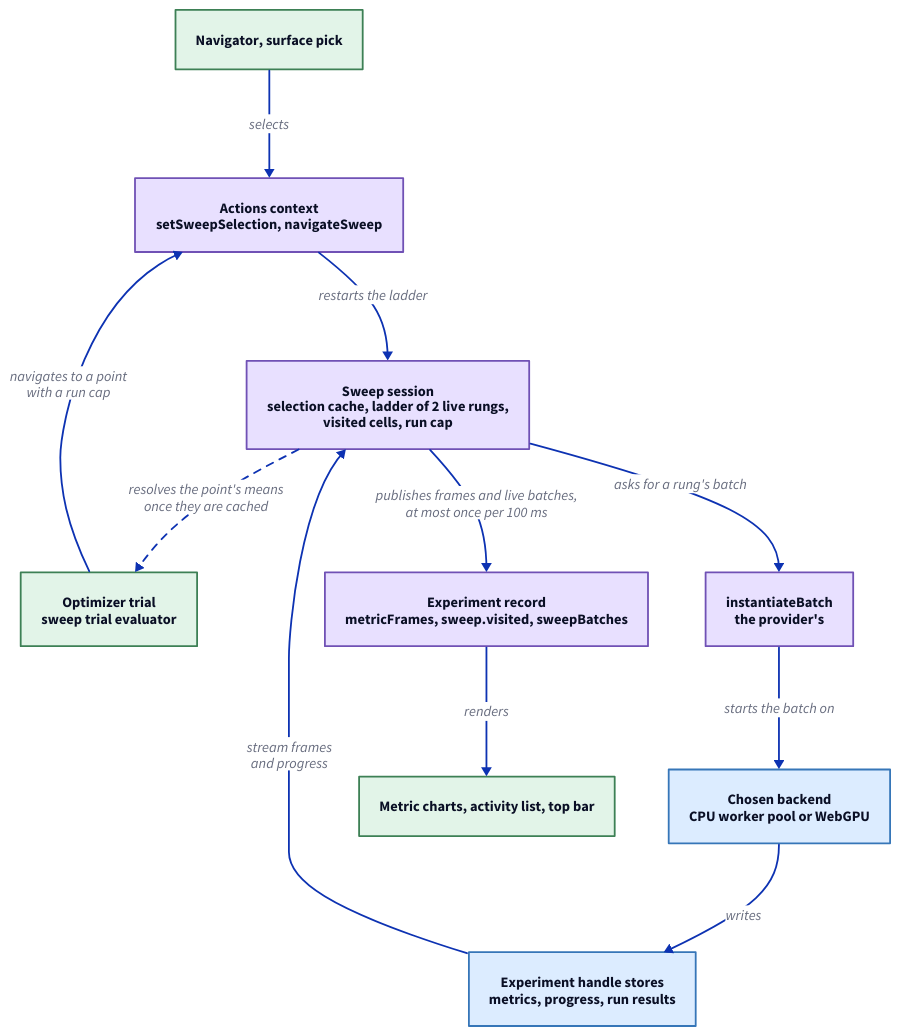
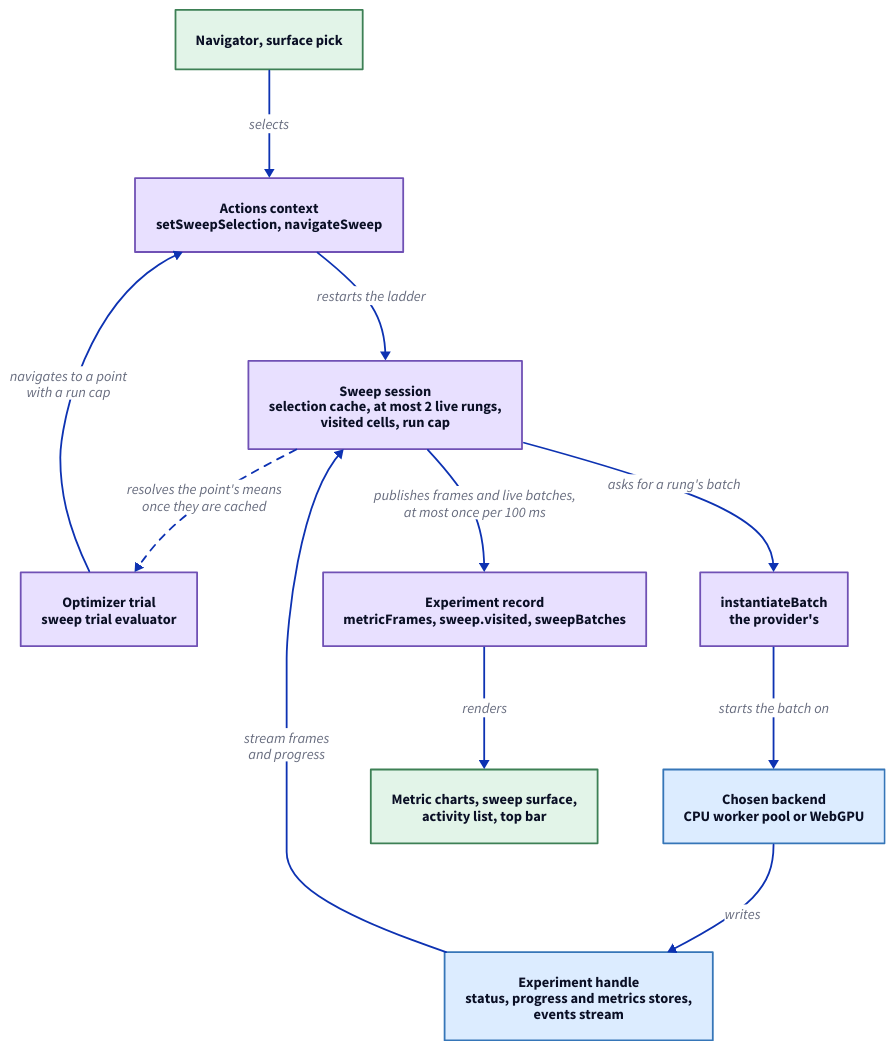
The diagram in libs/@hashintel/petrinaut/src/react/experiments/sweep-orchestration.d2 (hashintel/hash), drawn with D2 before and after one commit. The commit also changed 1 other file, not shown here.

Commit message:
FE-2319: Correct the sweep orchestration guide
State when a selection restarts the ladder, when navigateSweep resolves
null and when it rejects, and what useStartSweepStudy takes. Leave the
ladder to the parameter sweeps guide. Name the handle's stores as they are.

```diff
--- a/libs/@hashintel/petrinaut/src/react/experiments/sweep-orchestration.d2
+++ b/libs/@hashintel/petrinaut/src/react/experiments/sweep-orchestration.d2
@@ -1,29 +1,29 @@
 # Hand-written; rendered by the arch-docs build. Palette matches src/emit/d2.ts.
 direction: down
 
 classes: {
   ui: {style.fill: "#e2f4e8"; style.stroke: "#3d8055"}
   react: {style.fill: "#e8e0ff"; style.stroke: "#7051b5"}
   core: {style.fill: "#dcecff"; style.stroke: "#3676b8"}
 }
 
 selection: "Navigator, surface pick" {class: ui}
-optimizer: "Optimizer trial\nsweep trial evaluator" {class: ui}
+optimizer: "Optimizer trial\nsweep trial evaluator" {class: react}
 actions: "Actions context\nsetSweepSelection, navigateSweep" {class: react}
-session: "Sweep session\nselection cache, ladder of 2 live rungs,\nvisited cells, run cap" {class: react}
+session: "Sweep session\nselection cache, at most 2 live rungs,\nvisited cells, run cap" {class: react}
 batch: "instantiateBatch\nthe provider's" {class: react}
 backend: "Chosen backend\nCPU worker pool or WebGPU" {class: core}
-stores: "Experiment handle stores\nmetrics, progress, run results" {class: core}
+stores: "Experiment handle\nstatus, progress and metrics stores,\nevents stream" {class: core}
 record: "Experiment record\nmetricFrames, sweep.visited, sweepBatches" {class: react}
-views: "Metric charts, activity list, top bar" {class: ui}
+views: "Metric charts, sweep surface,\nactivity list, top bar" {class: ui}
 
 selection -> actions: "selects"
 optimizer -> actions: "navigates to a point\nwith a run cap"
 actions -> session: "restarts the ladder"
 session -> batch: "asks for a rung's batch"
 batch -> backend: "starts the batch on"
 backend -> stores: "writes"
 stores -> session: "stream frames\nand progress"
 session -> record: "publishes frames and live batches,\nat most once per 100 ms"
 record -> views: "renders"
 session -> optimizer: "resolves the point's means\nonce they are cached" {style.stroke-dash: 4}
```
